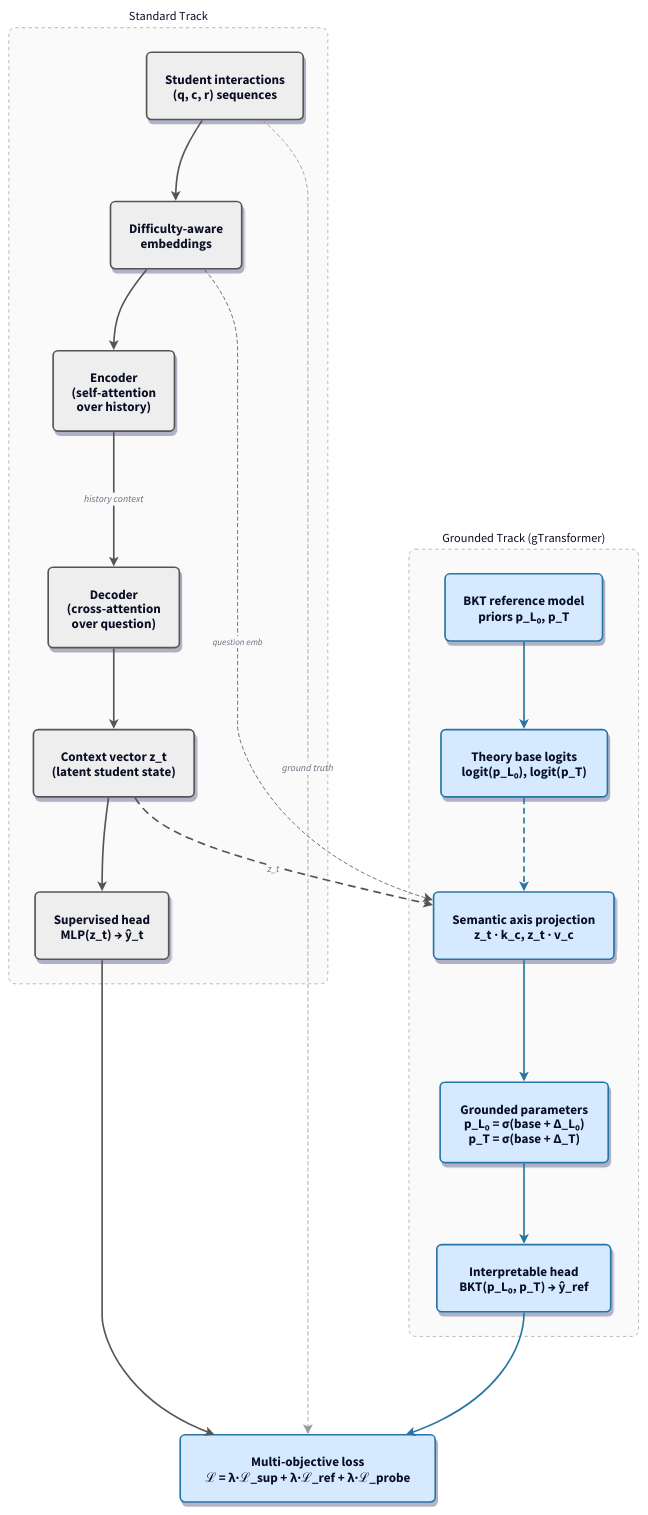
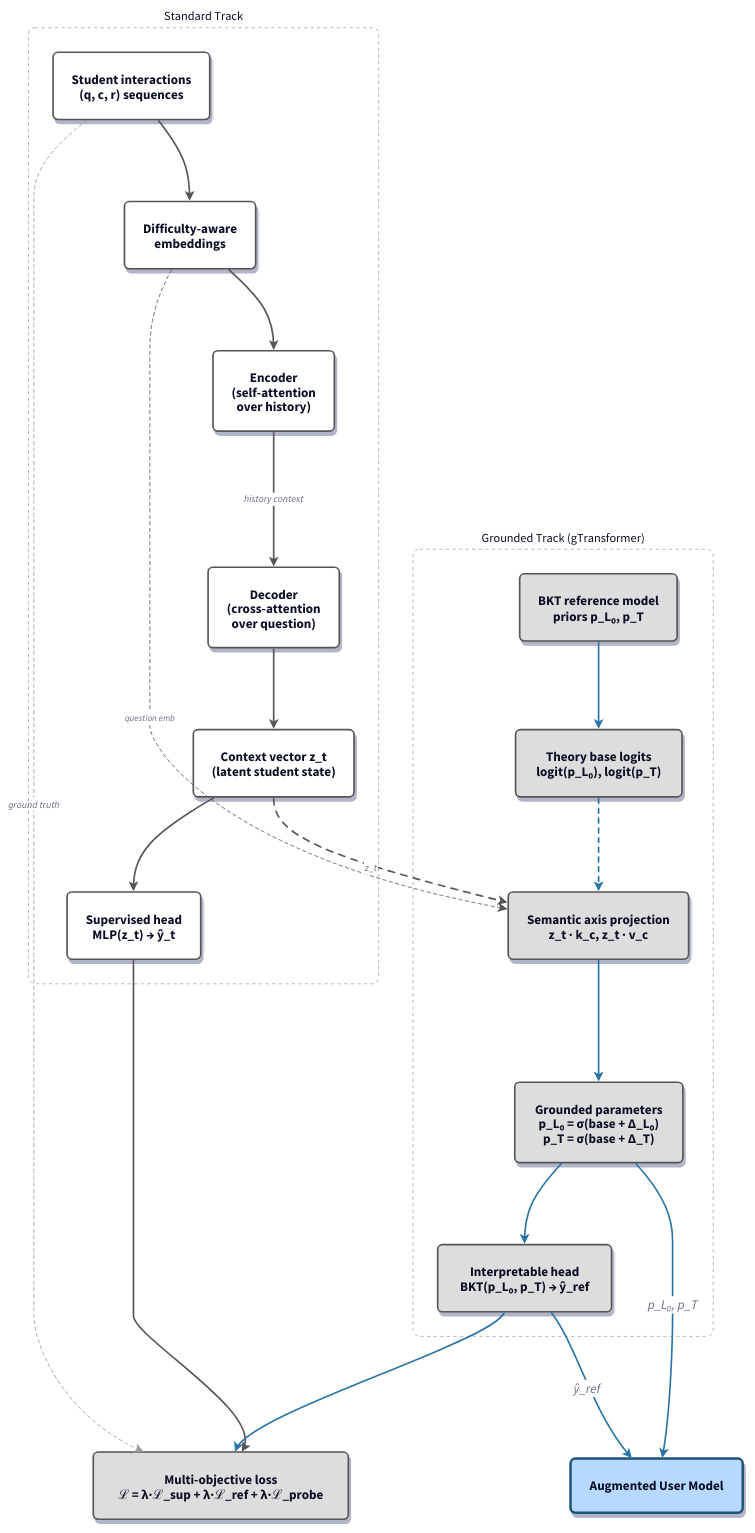
Before and after one commit to clabra/pykt-toolkit: the diagram in paper_ectel/ectel_template/arch.d2, drawn with D2. The commit also changed 11 other files, not shown here.

Commit message:
arch: d2 diagram bad

```diff
--- a/paper_ectel/ectel_template/arch.d2
+++ b/paper_ectel/ectel_template/arch.d2
@@ -1,171 +1,195 @@
 # Simplified gTransformer architecture for the ECTEL 2026 paper.
 # Two explicit vertical columns: Standard (grey) | Grounded (blue).
 
 direction: down
 
 classes: {
   std: {
     style: {
-      fill: "#EEEEEE"
+      fill: "#FFFFFF"
       stroke: "#555555"
       stroke-width: 2
       shadow: true
       border-radius: 6
       font-size: 16
     }
   }
   grounded: {
     style: {
-      fill: "#D6EAFF"
-      stroke: "#2874A6"
+      fill: "#DDDDDD"
+      stroke: "#555555"
       stroke-width: 2
       shadow: true
       border-radius: 6
       font-size: 16
     }
   }
   col: {
     style: {
       stroke: "#AAAAAA"
       stroke-width: 1
       stroke-dash: 4
-      fill: "#FAFAFA"
+      fill: "#FFFFFF"
       border-radius: 8
       font-size: 15
     }
   }
 }
 
 # ── Left column: Standard track ───────────────────────────────────────────────
 
 Standard: {
   label: "Standard Track"
   class: col
   direction: down
 
   Interactions: {
     label: "Student interactions\n(q, c, r) sequences"
     class: std
   }
   HistEmb: {
     label: "Difficulty-aware\nembeddings"
     class: std
   }
   Encoder: {
     label: "Encoder\n(self-attention\nover history)"
     class: std
   }
   Decoder: {
     label: "Decoder\n(cross-attention\nover question)"
     class: std
   }
   ContextVec: {
     label: "Context vector z_t\n(latent student state)"
     class: std
   }
   SupervisedHead: {
     label: "Supervised head\nMLP(z_t) → ŷ_t"
     class: std
   }
 
   Interactions -> HistEmb: {
     style: { stroke: "#555555"; stroke-width: 2 }
     target-arrowhead: { shape: arrow }
   }
   HistEmb -> Encoder: {
     style: { stroke: "#555555"; stroke-width: 2 }
     target-arrowhead: { shape: arrow }
   }
   Encoder -> Decoder: "history context" {
     style: { stroke: "#555555"; stroke-width: 2; font-size: 12 }
     target-arrowhead: { shape: arrow }
   }
   Decoder -> ContextVec: {
     style: { stroke: "#555555"; stroke-width: 2 }
     target-arrowhead: { shape: arrow }
   }
   ContextVec -> SupervisedHead: {
     style: { stroke: "#555555"; stroke-width: 2 }
     target-arrowhead: { shape: arrow }
   }
 }
 
 # ── Right column: Grounded track ──────────────────────────────────────────────
 
 Grounded: {
   label: "Grounded Track (gTransformer)"
   class: col
   direction: down
 
   BKTPriors: {
     label: "BKT reference model\npriors p_L₀, p_T"
     class: grounded
   }
   TheoryBase: {
     label: "Theory base logits\nlogit(p_L₀), logit(p_T)"
     class: grounded
   }
   SemanticAxes: {
     label: "Semantic axis projection\nz_t · k_c,  z_t · v_c"
     class: grounded
   }
   GroundedParams: {
     label: "Grounded parameters\np_L₀ = σ(base + Δ_L₀)\np_T = σ(base + Δ_T)"
     class: grounded
   }
   InterpretableHead: {
     label: "Interpretable head\nBKT(p_L₀, p_T) → ŷ_ref"
     class: grounded
   }
 
   BKTPriors -> TheoryBase: {
     style: { stroke: "#2874A6"; stroke-width: 2 }
     target-arrowhead: { shape: arrow }
   }
   TheoryBase -> SemanticAxes: {
     style: { stroke: "#2874A6"; stroke-width: 2; stroke-dash: 3 }
     target-arrowhead: { shape: arrow }
   }
   SemanticAxes -> GroundedParams: {
     style: { stroke: "#2874A6"; stroke-width: 2 }
     target-arrowhead: { shape: arrow }
   }
   GroundedParams -> InterpretableHead: {
     style: { stroke: "#2874A6"; stroke-width: 2 }
     target-arrowhead: { shape: arrow }
   }
 }
 
+# ── User Model: receives grounded params and interpretable predictions ──────────
+
+UserModel: {
+  label: "Augmented User Model"
+  style: {
+    fill: "#B8D9FF"
+    stroke: "#1A5276"
+    stroke-width: 3
+    shadow: true
+    border-radius: 6
+    font-size: 16
+    bold: true
+  }
+}
+
 # ── Shared loss at the bottom ─────────────────────────────────────────────────
 
 Loss: {
   label: "Multi-objective loss\nℒ = λ·ℒ_sup + λ·ℒ_ref + λ·ℒ_probe"
   class: grounded
 }
 
 # ── Cross-track: context vector feeds semantic axis projection ────────────────
 
 Standard.ContextVec -> Grounded.SemanticAxes: "z_t" {
   style: { stroke: "#555555"; stroke-width: 2; stroke-dash: 4; font-size: 12 }
   target-arrowhead: { shape: arrow }
 }
 
 Standard.HistEmb -> Grounded.SemanticAxes: "question emb" {
   style: { stroke: "#555555"; stroke-width: 1; stroke-dash: 4; font-size: 11 }
   target-arrowhead: { shape: arrow }
 }
 
+Grounded.GroundedParams -> UserModel: "p_L₀, p_T" {
+  style: { stroke: "#2874A6"; stroke-width: 2 }
+  target-arrowhead: { shape: arrow }
+}
+Grounded.InterpretableHead -> UserModel: "ŷ_ref" {
+  style: { stroke: "#2874A6"; stroke-width: 2 }
+  target-arrowhead: { shape: arrow }
+}
+
 # ── Both heads converge on loss ───────────────────────────────────────────────
 
 Standard.SupervisedHead -> Loss: {
   style: { stroke: "#555555"; stroke-width: 2 }
   target-arrowhead: { shape: arrow }
 }
 Grounded.InterpretableHead -> Loss: {
   style: { stroke: "#2874A6"; stroke-width: 2 }
   target-arrowhead: { shape: arrow }
 }
 Standard.Interactions -> Loss: "ground truth" {
   style: { stroke: "#999999"; stroke-width: 1; stroke-dash: 4; font-size: 12 }
   target-arrowhead: { shape: arrow }
 }
```
